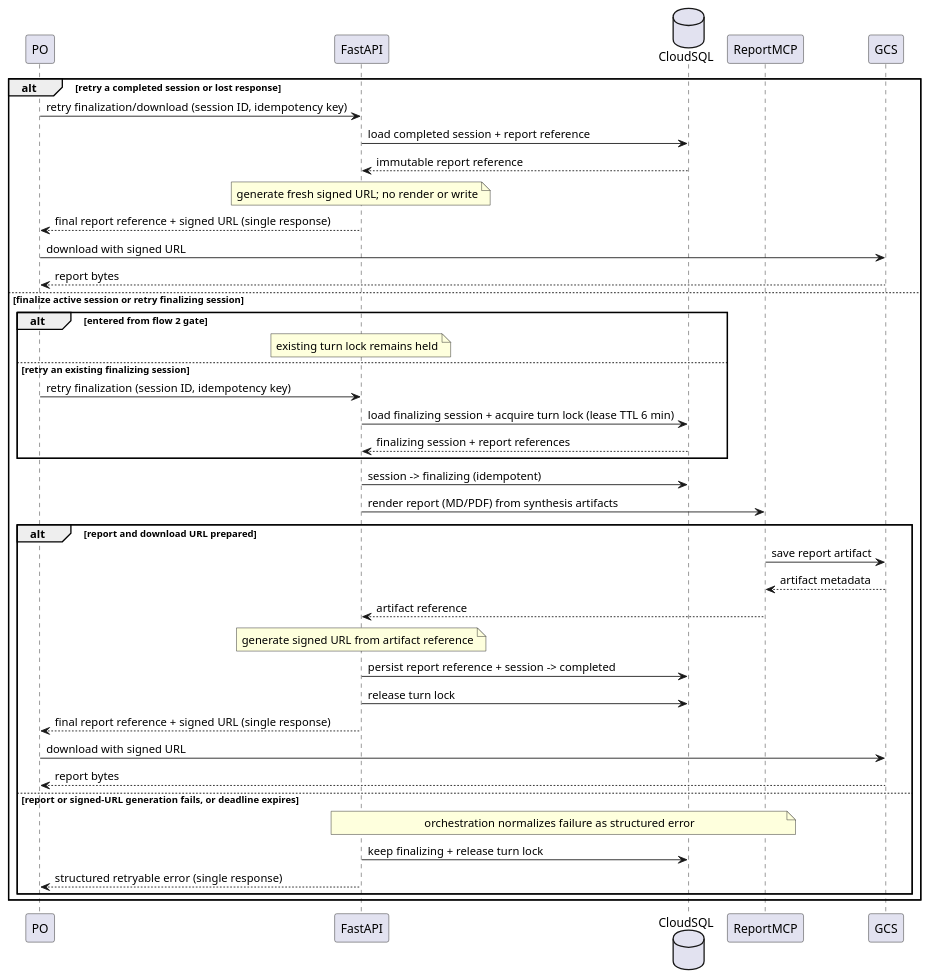
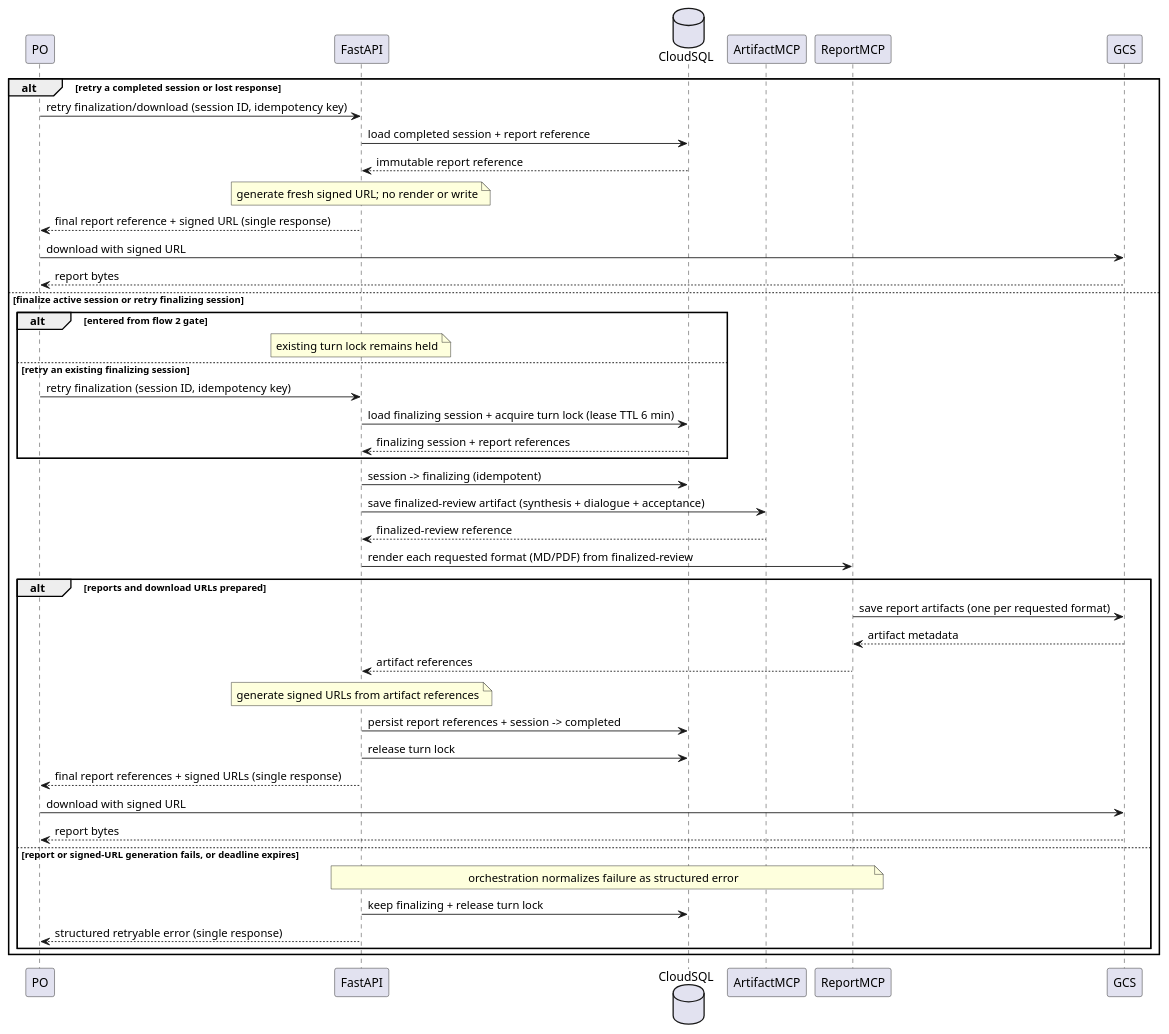
The diagram in docs/design/diagrams/flow3.puml (MMZ993/story-review), drawn with PlantUML before and after one commit. The commit also changed 1 other file, not shown here.

Commit message:
docs(design): restore fastapi-owned flows; add finalized-review step and multi-format rendering

```diff
--- a/docs/design/diagrams/flow3.puml
+++ b/docs/design/diagrams/flow3.puml
@@ -1,41 +1,44 @@
 @startuml
 participant PO
 participant "FastAPI" as F
 database "CloudSQL" as C
+participant "ArtifactMCP" as A
 participant "ReportMCP" as R
 participant "GCS" as G
 alt retry a completed session or lost response
 PO -> F: retry finalization/download (session ID, idempotency key)
 F -> C: load completed session + report reference
 C --> F: immutable report reference
 note over F: generate fresh signed URL; no render or write
 F --> PO: final report reference + signed URL (single response)
 PO -> G: download with signed URL
 G --> PO: report bytes
 else finalize active session or retry finalizing session
 alt entered from flow 2 gate
 note over F: existing turn lock remains held
 else retry an existing finalizing session
 PO -> F: retry finalization (session ID, idempotency key)
 F -> C: load finalizing session + acquire turn lock (lease TTL 6 min)
 C --> F: finalizing session + report references
 end
 F -> C: session -> finalizing (idempotent)
-F -> R: render report (MD/PDF) from synthesis artifacts
-alt report and download URL prepared
-R -> G: save report artifact
+F -> A: save finalized-review artifact (synthesis + dialogue + acceptance)
+A --> F: finalized-review reference
+F -> R: render each requested format (MD/PDF) from finalized-review
+alt reports and download URLs prepared
+R -> G: save report artifacts (one per requested format)
 G --> R: artifact metadata
-R --> F: artifact reference
-note over F: generate signed URL from artifact reference
-F -> C: persist report reference + session -> completed
+R --> F: artifact references
+note over F: generate signed URLs from artifact references
+F -> C: persist report references + session -> completed
 F -> C: release turn lock
-F --> PO: final report reference + signed URL (single response)
+F --> PO: final report references + signed URLs (single response)
 PO -> G: download with signed URL
 G --> PO: report bytes
 else report or signed-URL generation fails, or deadline expires
 note over F,R: orchestration normalizes failure as structured error
 F -> C: keep finalizing + release turn lock
 F --> PO: structured retryable error (single response)
 end
 end
 @enduml
```
